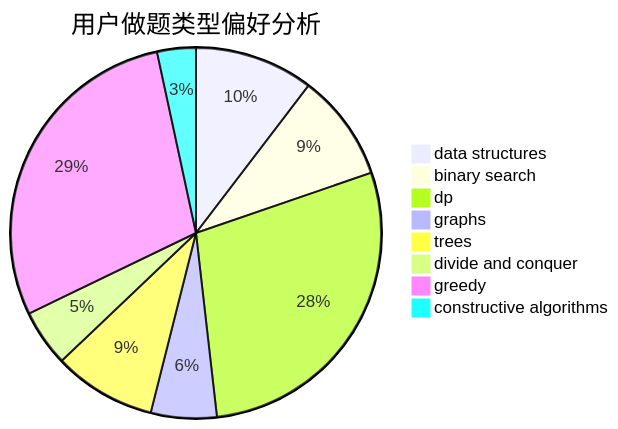
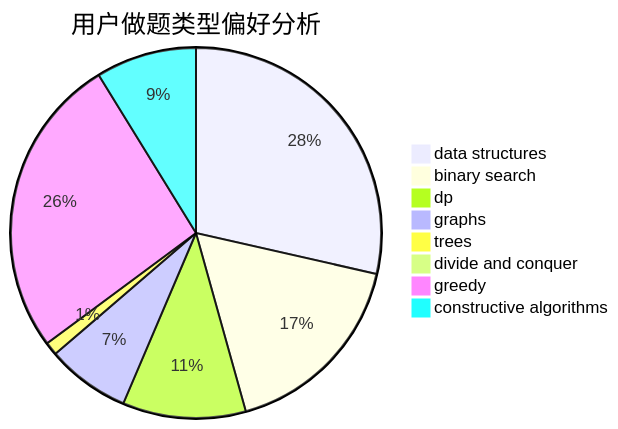
One commit to sherpahu/cfrs.github.io changed the second of 3 diagrams in docs/user/u1076.md. Above: the diagram before and after it, drawn with Mermaid. The commit also changed other lines of this file and 2770 other files, not shown here.

````diff
--- a/docs/user/u1076.md
+++ b/docs/user/u1076.md
@@ -23,11 +23,11 @@
 ```mermaid
 pie title 用户做题类型偏好分析
-    "data structures" :  132
-    "binary search" :  119
-    "dp" :  362
-    "graphs" :  73
-    "trees" :  114
-    "divide and conquer" :  63
-    "greedy" :  366
-    "constructive algorithms" :  43
+    "data structures" :  247
+    "binary search" :  148
+    "dp" :  93
+    "graphs" :  63
+    "trees" :  10
+    "divide and conquer" :  7
+    "greedy" :  228
+    "constructive algorithms" :  76
 ```
````
